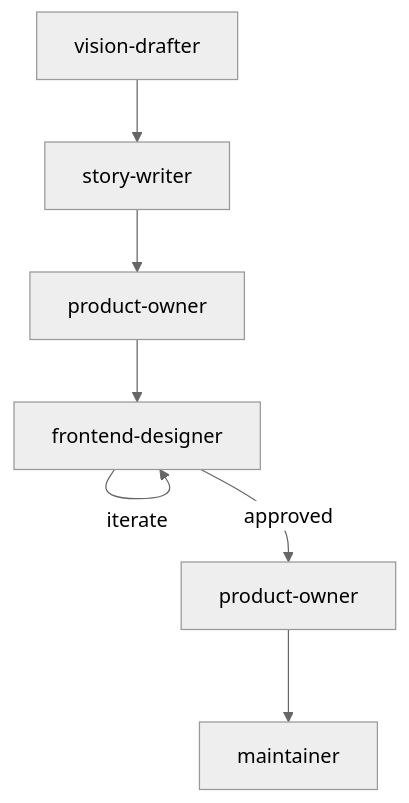
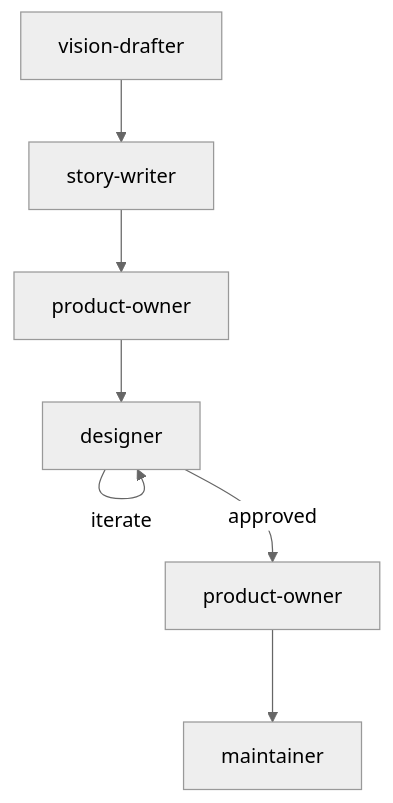
The diagram in .agents/skills/workflow/variants/design.md (thiscantbeserious/ragts-learning-platform), drawn with Mermaid (neutral theme) before and after one commit. The commit also changed other lines of this file and 20 other files, not shown here.

First line of the commit message:
chore(agents): remove implementer + pair-reviewer, rename frontend-designer to designer

````diff
--- a/.agents/skills/workflow/variants/design.md
+++ b/.agents/skills/workflow/variants/design.md
@@ -5,9 +5,9 @@
 ```mermaid
 graph TD
     VD[vision-drafter] --> SW[story-writer]
     SW --> PO1[product-owner]
-    PO1 --> FD[frontend-designer]
-    FD -->|iterate| FD
-    FD -->|approved| PO2[product-owner]
+    PO1 --> D[designer]
+    D -->|iterate| D
+    D -->|approved| PO2[product-owner]
     PO2 --> M[maintainer]
 ```
````
